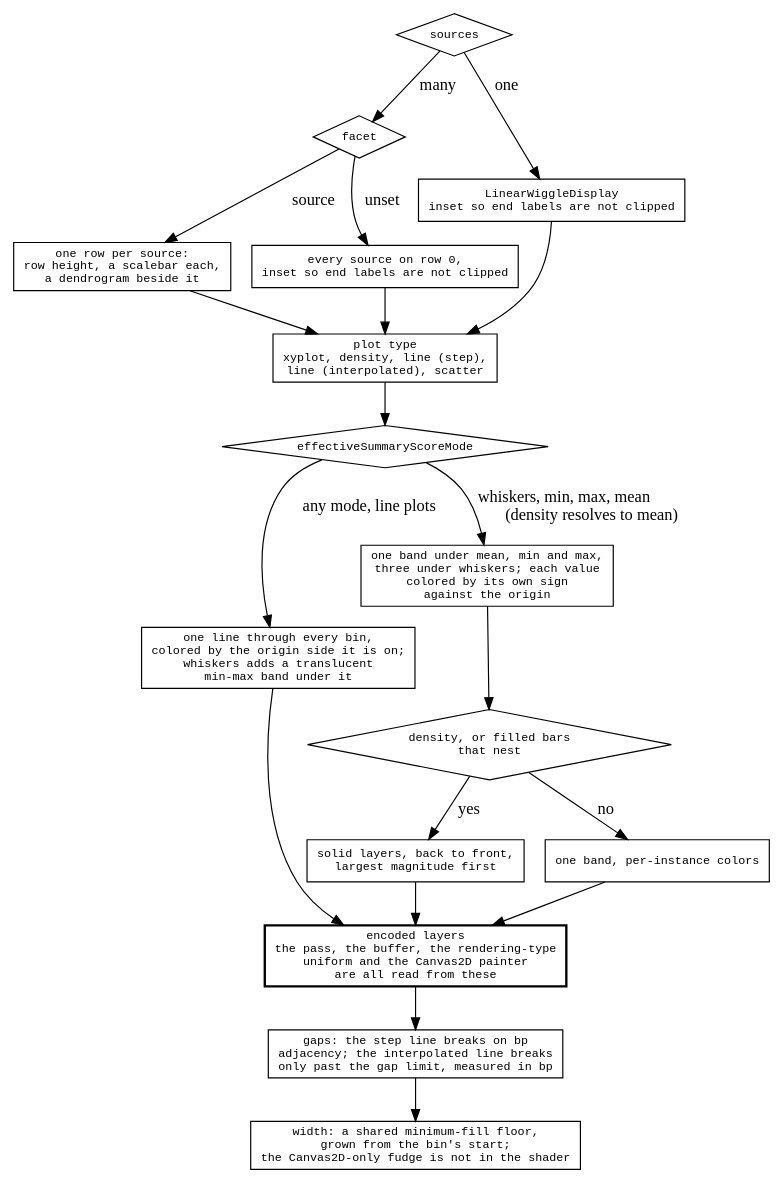
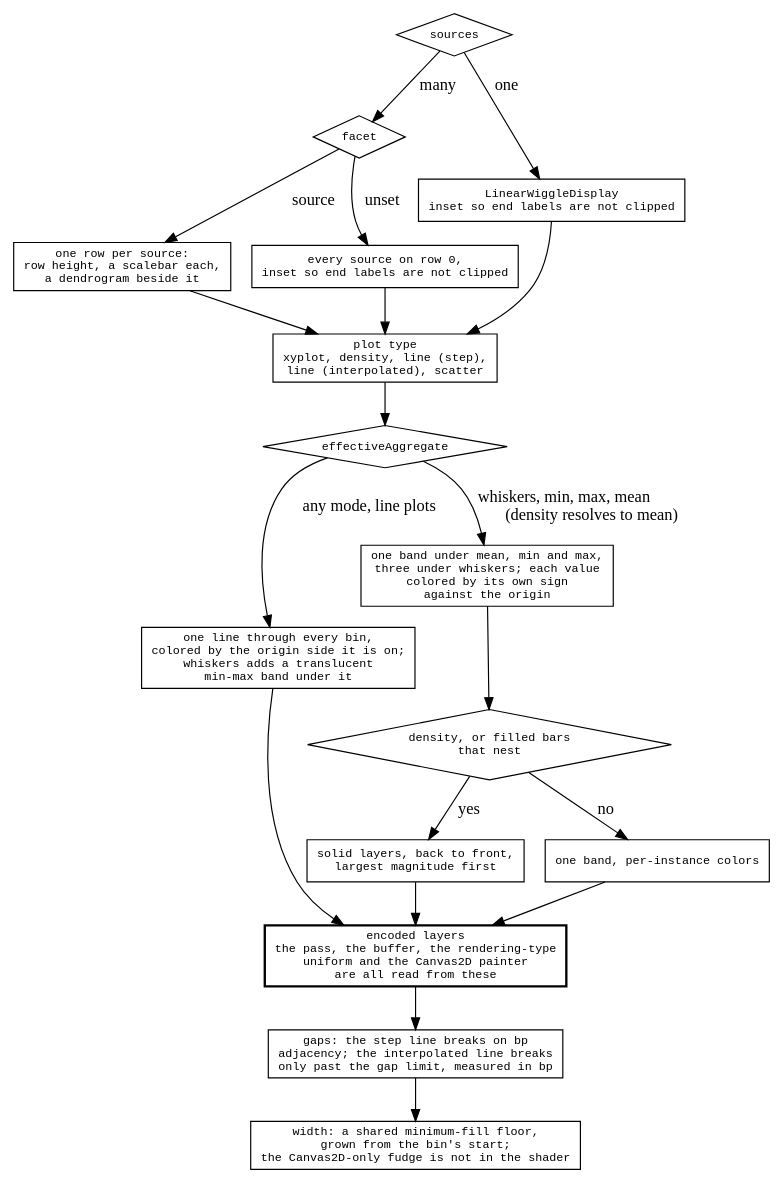
Before and after one commit to GMOD/jbrowse-components: the diagram in agent-docs/reference/diagrams/wiggle-shape.dot, drawn with Graphviz. The commit also changed 15 other files, not shown here.

First line of the commit message:
Prose, diagrams and a demo build script say aggregate; the menu's options are typed by it

```diff
--- a/agent-docs/reference/diagrams/wiggle-shape.dot
+++ b/agent-docs/reference/diagrams/wiggle-shape.dot
@@ -1,40 +1,40 @@
 digraph wiggle_shape {
   rankdir=TB
   node [shape=box fontname=monospace fontsize=10]
   { node [shape=diamond] many; layout; summary; nests }
 
   many [label="sources"]
   many -> single [label=" one"]
   many -> layout [label=" many"]
   single [label="LinearWiggleDisplay\ninset so end labels are not clipped"]
 
   layout [label="facet"]
   layout -> multirow [label=" source"]
   layout -> overlay  [label=" unset"]
   multirow [label="one row per source:\nrow height, a scalebar each,\na dendrogram beside it"]
   overlay  [label="every source on row 0,\ninset so end labels are not clipped"]
 
   plot [label="plot type\nxyplot, density, line (step),\nline (interpolated), scatter"]
   single -> plot  multirow -> plot  overlay -> plot
 
-  summary [label="effectiveSummaryScoreMode"]
+  summary [label="effectiveAggregate"]
   plot -> summary
   summary -> range [label=" any mode, line plots"]
   summary -> bands [label=" whiskers, min, max, mean\l (density resolves to mean)"]
   range [label="one line through every bin,\ncolored by the origin side it is on;\nwhiskers adds a translucent\nmin-max band under it"]
   bands [label="one band under mean, min and max,\nthree under whiskers; each value\ncolored by its own sign\nagainst the origin"]
 
   nests [label="density, or filled bars\nthat nest"]
   bands -> nests
   nests -> split [label=" yes"]
   nests -> whole [label=" no"]
   split [label="solid layers, back to front,\nlargest magnitude first"]
   whole [label="one band, per-instance colors"]
 
   encoded [label="encoded layers\nthe pass, the buffer, the rendering-type\nuniform and the Canvas2D painter\nare all read from these", style=bold]
   split -> encoded  whole -> encoded  range -> encoded
 
   gaps  [label="gaps: the step line breaks on bp\nadjacency; the interpolated line breaks\nonly past the gap limit, measured in bp"]
   width [label="width: a shared minimum-fill floor,\ngrown from the bin's start;\nthe Canvas2D-only fudge is not in the shader"]
   encoded -> gaps -> width
 }
```
